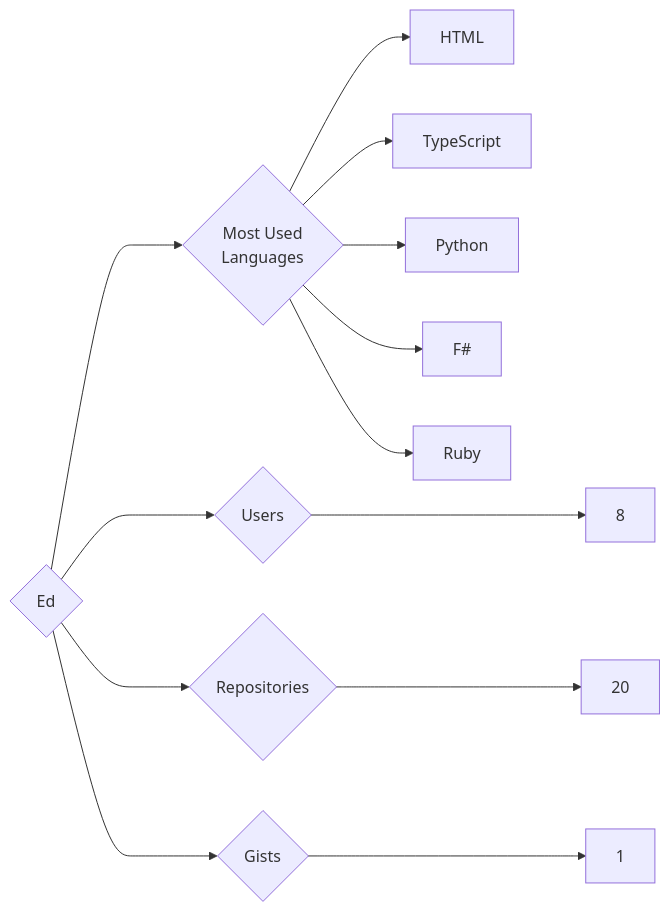
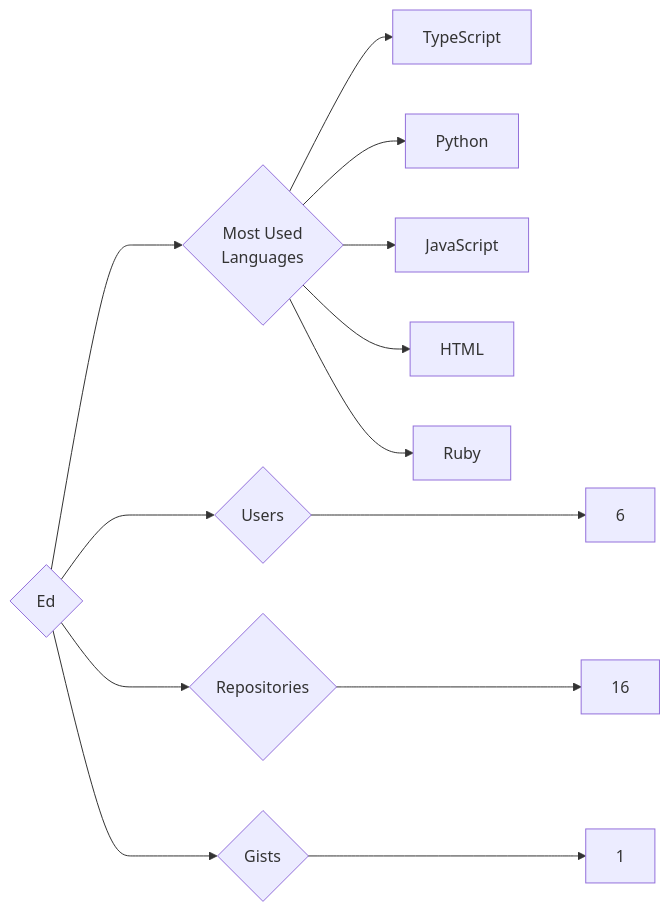
One commit to trickest/insiders changed the diagram in targets/Ed/README.md. Above: the diagram before and after it, drawn with Mermaid. The commit also changed 815 other files, not shown here.

````diff
--- a/targets/Ed/README.md
+++ b/targets/Ed/README.md
@@ -3,13 +3,13 @@
 ```mermaid
 graph LR
 COMPANY_NAME{Ed}
-COMPANY_NAME ---> U{Users} ---> UN[8]
-COMPANY_NAME ---> R{Repositories} ---> RN[20]
+COMPANY_NAME ---> U{Users} ---> UN[6]
+COMPANY_NAME ---> R{Repositories} ---> RN[16]
 COMPANY_NAME ---> G{Gists} ---> GN[1]
 COMPANY_NAME ---> ML{Most Used<br>Languages}
-ML --> HTML[HTML]
 ML --> TypeScript[TypeScript]
 ML --> Python[Python]
-ML --> F#[F#]
+ML --> JavaScript[JavaScript]
+ML --> HTML[HTML]
 ML --> Ruby[Ruby]
 ```
````
